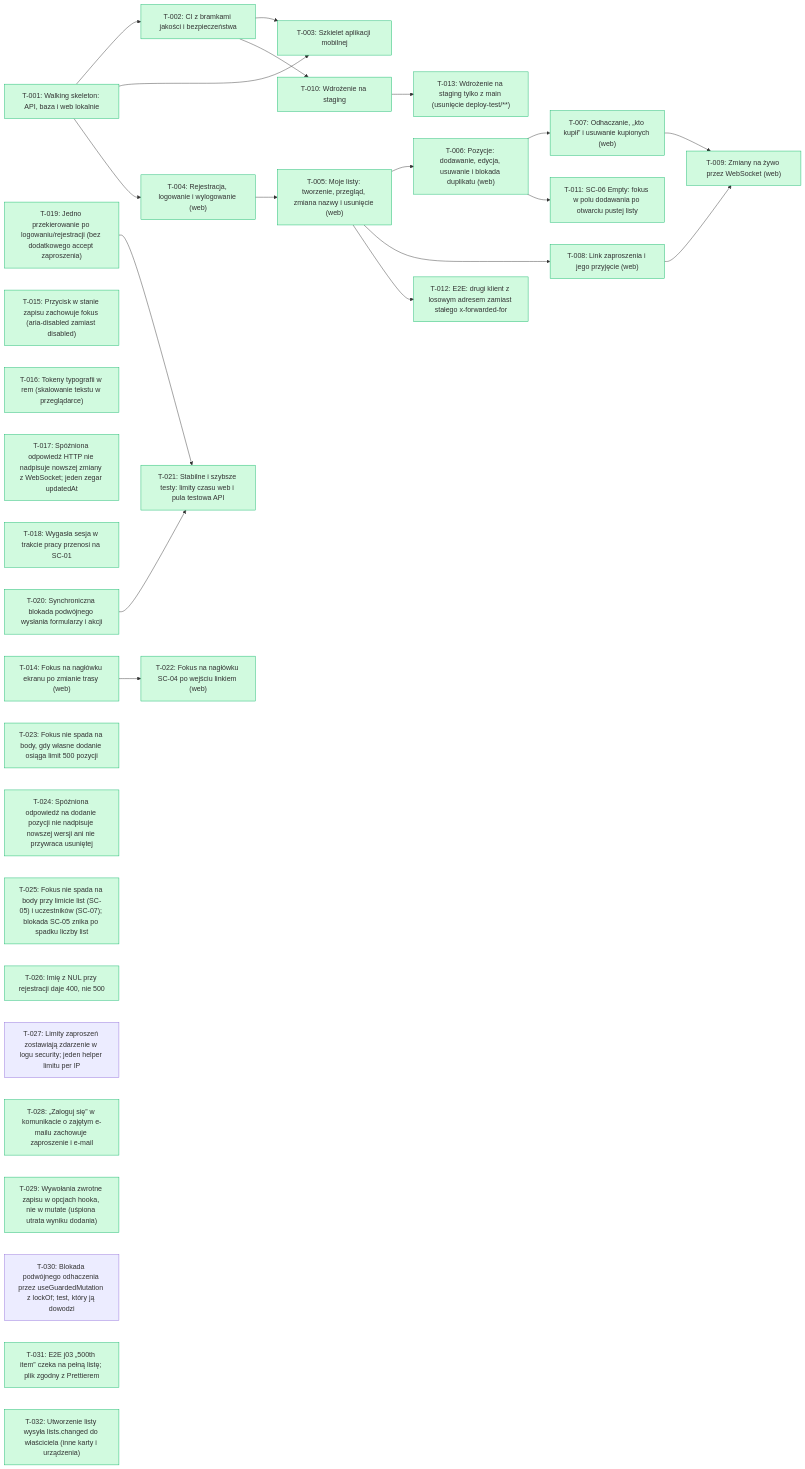
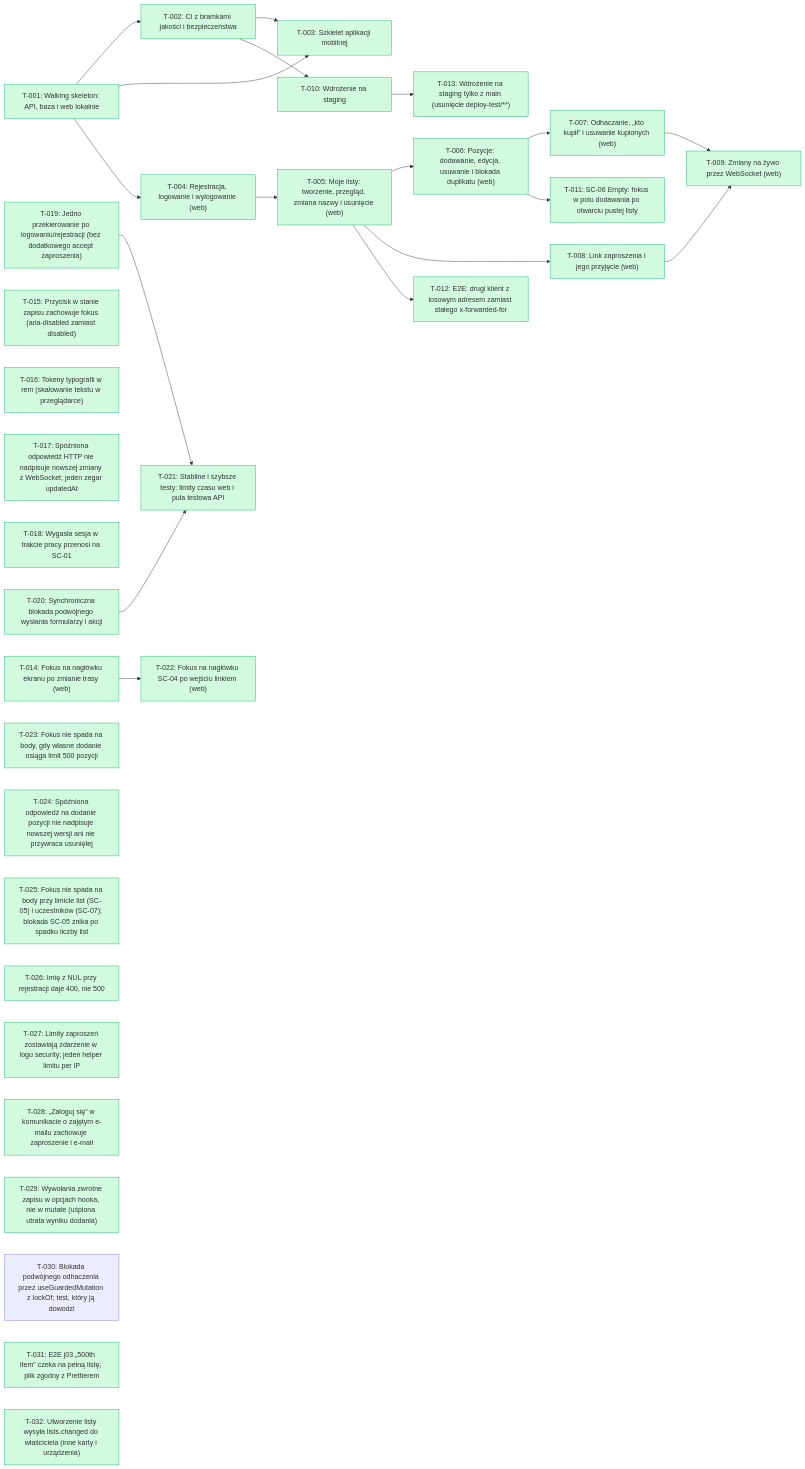
One commit to tombraz/lista-zakupow changed the diagram in docs/backlog/index.md. Above: the diagram before and after it, drawn with Mermaid. The commit also changed other lines of this file and 1 other file, not shown here.

````diff
--- a/docs/backlog/index.md
+++ b/docs/backlog/index.md
@@ -18,56 +17,56 @@
 ```mermaid
 flowchart LR
   T_001["T-001: Walking skeleton: API, baza i web lokalnie"]:::done
   T_002["T-002: CI z bramkami jakości i bezpieczeństwa"]:::done
   T_003["T-003: Szkielet aplikacji mobilnej"]:::done
   T_004["T-004: Rejestracja, logowanie i wylogowanie (web)"]:::done
   T_005["T-005: Moje listy: tworzenie, przegląd, zmiana nazwy i usunięcie (web)"]:::done
   T_006["T-006: Pozycje: dodawanie, edycja, usuwanie i blokada duplikatu (web)"]:::done
   T_007["T-007: Odhaczanie, „kto kupił” i usuwanie kupionych (web)"]:::done
   T_008["T-008: Link zaproszenia i jego przyjęcie (web)"]:::done
   T_009["T-009: Zmiany na żywo przez WebSocket (web)"]:::done
   T_010["T-010: Wdrożenie na staging"]:::done
   T_011["T-011: SC-06 Empty: fokus w polu dodawania po otwarciu pustej listy"]:::done
   T_012["T-012: E2E: drugi klient z losowym adresem zamiast stałego x-forwarded-for"]:::done
   T_013["T-013: Wdrożenie na staging tylko z main (usunięcie deploy-test/**)"]:::done
   T_014["T-014: Fokus na nagłówku ekranu po zmianie trasy (web)"]:::done
   T_015["T-015: Przycisk w stanie zapisu zachowuje fokus (aria-disabled zamiast disabled)"]:::done
   T_016["T-016: Tokeny typografii w rem (skalowanie tekstu w przeglądarce)"]:::done
   T_017["T-017: Spóźniona odpowiedź HTTP nie nadpisuje nowszej zmiany z WebSocket; jeden zegar updatedAt"]:::done
   T_018["T-018: Wygasła sesja w trakcie pracy przenosi na SC-01"]:::done
   T_019["T-019: Jedno przekierowanie po logowaniu/rejestracji (bez dodatkowego accept zaproszenia)"]:::done
   T_020["T-020: Synchroniczna blokada podwójnego wysłania formularzy i akcji"]:::done
   T_021["T-021: Stabilne i szybsze testy: limity czasu web i pula testowa API"]:::done
   T_022["T-022: Fokus na nagłówku SC-04 po wejściu linkiem (web)"]:::done
   T_023["T-023: Fokus nie spada na body, gdy własne dodanie osiąga limit 500 pozycji"]:::done
   T_024["T-024: Spóźniona odpowiedź na dodanie pozycji nie nadpisuje nowszej wersji ani nie przywraca usuniętej"]:::done
   T_025["T-025: Fokus nie spada na body przy limicie list (SC-05) i uczestników (SC-07); blokada SC-05 znika po spadku liczby list"]:::done
   T_026["T-026: Imię z NUL przy rejestracji daje 400, nie 500"]:::done
-  T_027["T-027: Limity zaproszeń zostawiają zdarzenie w logu security; jeden helper limitu per IP"]
+  T_027["T-027: Limity zaproszeń zostawiają zdarzenie w logu security; jeden helper limitu per IP"]:::done
   T_028["T-028: „Zaloguj się” w komunikacie o zajętym e-mailu zachowuje zaproszenie i e-mail"]:::done
   T_029["T-029: Wywołania zwrotne zapisu w opcjach hooka, nie w mutate (uśpiona utrata wyniku dodania)"]:::done
   T_030["T-030: Blokada podwójnego odhaczenia przez useGuardedMutation z lockOf; test, który ją dowodzi"]
   T_031["T-031: E2E j03 „500th item” czeka na pełną listę; plik zgodny z Prettierem"]:::done
   T_032["T-032: Utworzenie listy wysyła lists.changed do właściciela (inne karty i urządzenia)"]:::done
   T_001 --> T_002
   T_001 --> T_003
   T_002 --> T_003
   T_001 --> T_004
   T_004 --> T_005
   T_005 --> T_006
   T_006 --> T_007
   T_005 --> T_008
   T_007 --> T_009
   T_008 --> T_009
   T_002 --> T_010
   T_006 --> T_011
   T_005 --> T_012
   T_010 --> T_013
   T_019 --> T_021
   T_020 --> T_021
   T_014 --> T_022
   classDef done fill:#d1fadf,stroke:#12b76a
   classDef wip fill:#fef0c7,stroke:#f79009
   classDef qa fill:#e0eaff,stroke:#2970ff
   classDef blocked fill:#fee4e2,stroke:#f04438
 ```
````
